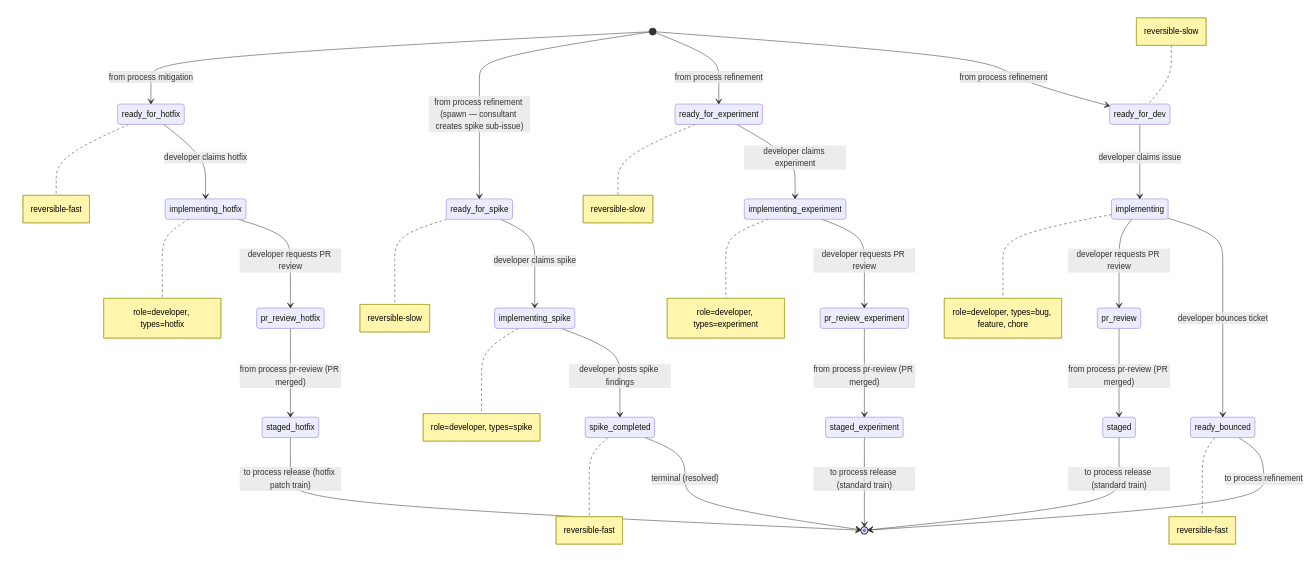
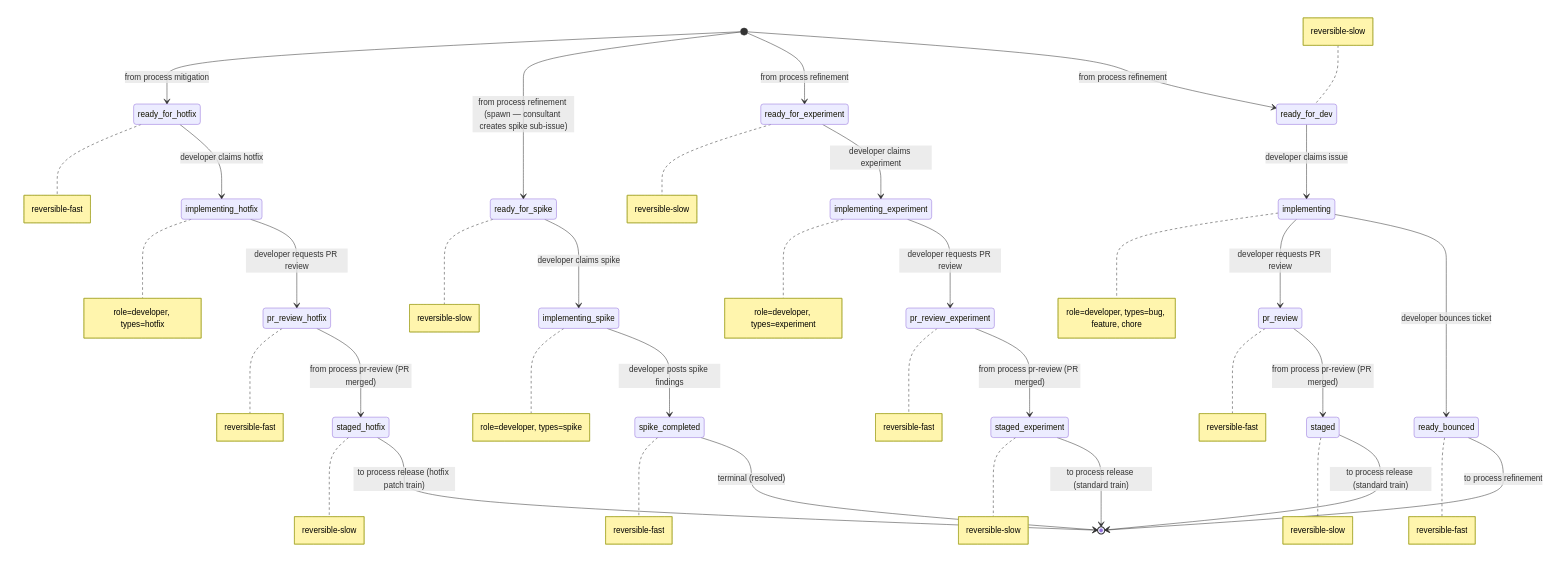
The diagram in examples/workflows/inner-loop.md (blemees/blemees-workflow), drawn with Mermaid before and after one commit. The commit also changed other lines of this file and 41 other files, not shown here.

````diff
--- a/examples/workflows/inner-loop.md
+++ b/examples/workflows/inner-loop.md
@@ -16,46 +16,52 @@
 ```mermaid
 stateDiagram-v2
     %% Cross-process interfaces:
     %%   Entry (shared): ready_for_dev from process refinement
     %%   Entry (shared): ready_for_experiment from process refinement
     %%   Entry (spawn ): ready_for_spike from process refinement
     %%   Entry (shared): ready_for_hotfix from process mitigation
     %%   Exit  (shared): ready_bounced to process refinement
     %%   Exit  (spawn ): staged to process release
     %%   Exit  (spawn ): staged_experiment to process release
     %%   Exit  (spawn ): staged_hotfix to process release
     %%
 
     [*] --> ready_for_dev: from process refinement
     [*] --> ready_for_experiment: from process refinement
     [*] --> ready_for_spike: from process refinement (spawn — consultant creates spike sub-issue)
     [*] --> ready_for_hotfix: from process mitigation
     ready_for_dev --> implementing: developer claims issue
     ready_for_experiment --> implementing_experiment: developer claims experiment
     ready_for_spike --> implementing_spike: developer claims spike
     ready_for_hotfix --> implementing_hotfix: developer claims hotfix
     implementing --> ready_bounced: developer bounces ticket
     implementing --> pr_review: developer requests PR review
     implementing_experiment --> pr_review_experiment: developer requests PR review
     implementing_hotfix --> pr_review_hotfix: developer requests PR review
     implementing_spike --> spike_completed: developer posts spike findings
     pr_review --> staged: from process pr-review (PR merged)
     pr_review_experiment --> staged_experiment: from process pr-review (PR merged)
     pr_review_hotfix --> staged_hotfix: from process pr-review (PR merged)
     ready_bounced --> [*]: to process refinement
     staged --> [*]: to process release (standard train)
     staged_experiment --> [*]: to process release (standard train)
     staged_hotfix --> [*]: to process release (hotfix patch train)
     spike_completed --> [*]: terminal (resolved)
 
     note left of ready_for_dev: reversible-slow
     note right of ready_for_experiment: reversible-slow
     note right of ready_for_spike: reversible-slow
     note right of ready_for_hotfix: reversible-fast
     note right of implementing: role=developer, types=bug, feature, chore
     note right of implementing_experiment: role=developer, types=experiment
     note right of implementing_spike: role=developer, types=spike
     note right of implementing_hotfix: role=developer, types=hotfix
+    note right of pr_review: reversible-fast
+    note right of pr_review_experiment: reversible-fast
+    note right of pr_review_hotfix: reversible-fast
+    note right of staged: reversible-slow
+    note right of staged_experiment: reversible-slow
+    note right of staged_hotfix: reversible-slow
     note right of spike_completed: reversible-fast
     note right of ready_bounced: reversible-fast
 ```
````
